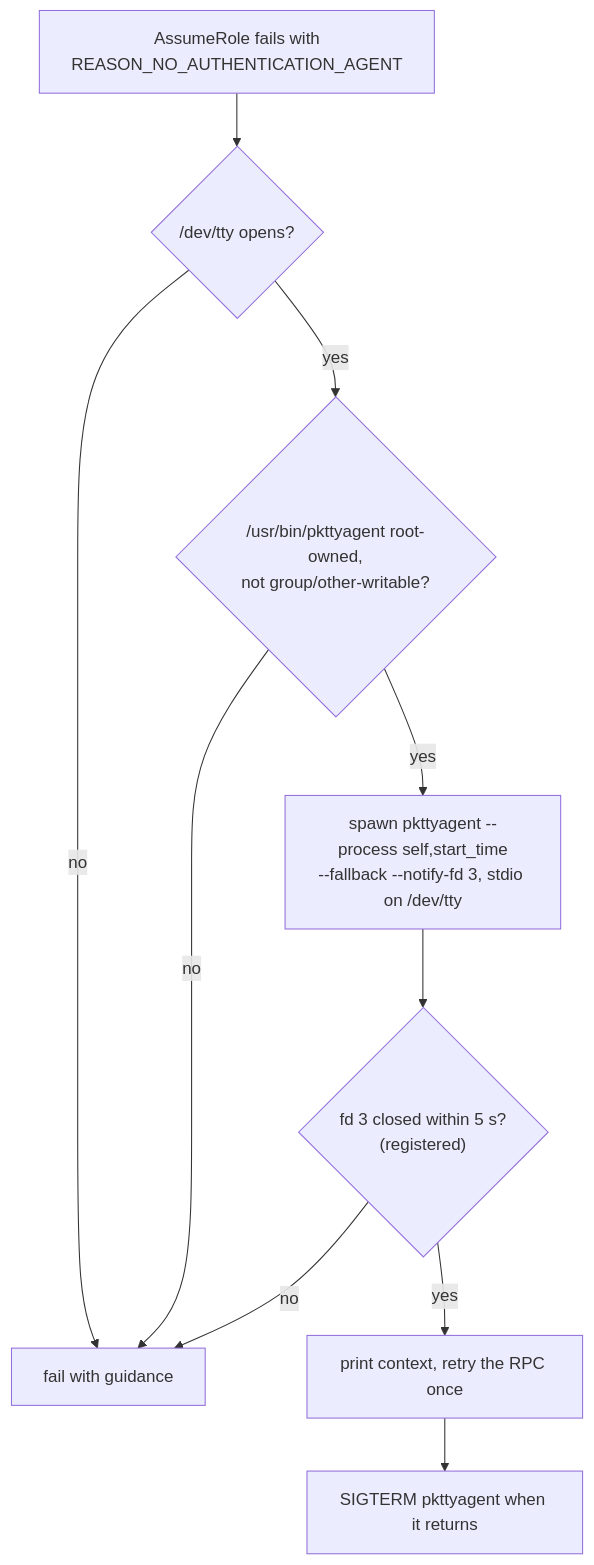
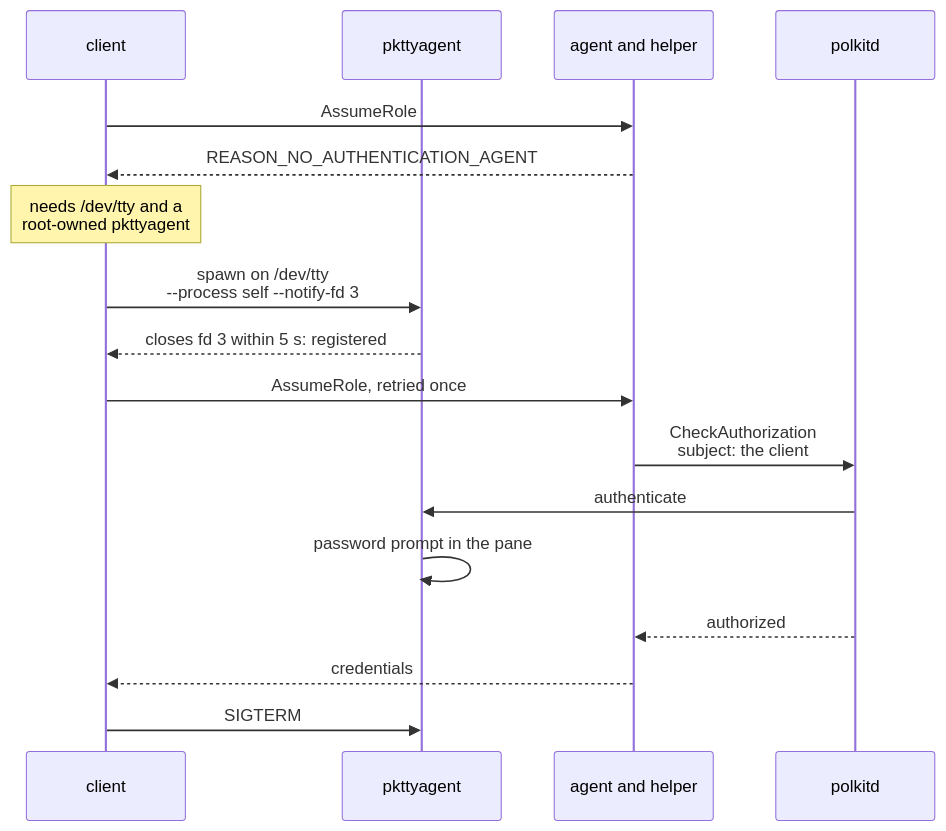
Before and after one commit to sorah/mairu: the second of 2 diagrams in docs/specs/008-headless.md, drawn with Mermaid. The commit also changed 17 other files, not shown here.

First line of the commit message:
docs/specs: rework diagrams and helper locations

````diff
--- a/docs/specs/008-headless.md
+++ b/docs/specs/008-headless.md
@@ -50,12 +50,19 @@
 ```mermaid
-flowchart TD
-  R["AssumeRole fails with<br/>REASON_NO_AUTHENTICATION_AGENT"] --> T{"/dev/tty opens?"}
-  T -- "no" --> G["fail with guidance"]
-  T -- "yes" --> P{"/usr/bin/pkttyagent root-owned,<br/>not group/other-writable?"}
-  P -- "no" --> G
-  P -- "yes" --> S["spawn pkttyagent --process self,start_time<br/>--fallback --notify-fd 3, stdio on /dev/tty"]
-  S --> W{"fd 3 closed within 5 s?<br/>(registered)"}
-  W -- "no" --> G
-  W -- "yes" --> Y["print context, retry the RPC once"]
-  Y --> K["SIGTERM pkttyagent when it returns"]
+sequenceDiagram
+  participant C as client
+  participant T as pkttyagent
+  participant A as agent and helper
+  participant D as polkitd
+  C->>A: AssumeRole
+  A-->>C: REASON_NO_AUTHENTICATION_AGENT
+  Note over C: needs /dev/tty and a<br/>root-owned pkttyagent
+  C->>T: spawn on /dev/tty<br/>--process self --notify-fd 3
+  T-->>C: closes fd 3 within 5 s: registered
+  C->>A: AssumeRole, retried once
+  A->>D: CheckAuthorization<br/>subject: the client
+  D->>T: authenticate
+  T->>T: password prompt in the pane
+  D-->>A: authorized
+  A-->>C: credentials
+  C->>T: SIGTERM
 ```
````
